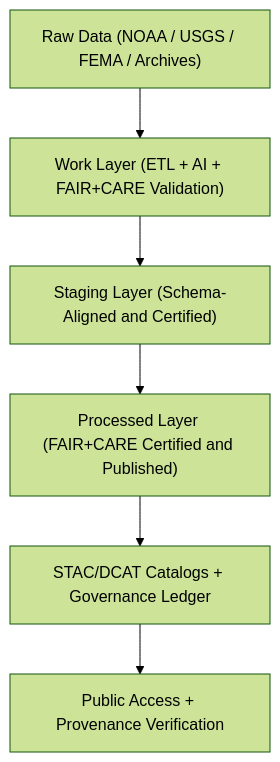
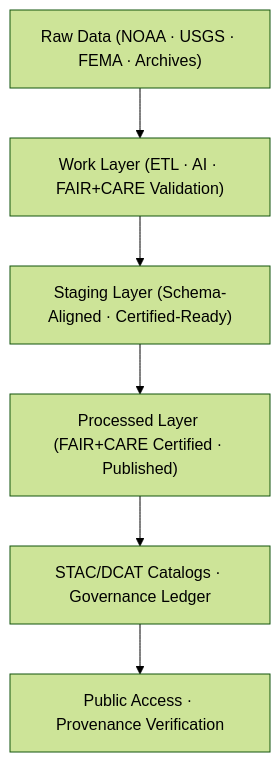
Before and after one commit to bartytime4life/Kansas-Frontier-Matrix: the first of 2 diagrams in data/ARCHITECTURE.md, drawn with Mermaid (forest theme). The commit also changed other lines of this file, not shown here.

Commit message:
Update architecture specification to version 9.7.0

````diff
--- a/data/ARCHITECTURE.md
+++ b/data/ARCHITECTURE.md
@@ -53,8 +55,8 @@
 ```mermaid
 flowchart TD
-    A["Raw Data (NOAA / USGS / FEMA / Archives)"] --> B["Work Layer (ETL + AI + FAIR+CARE Validation)"]
-    B --> C["Staging Layer (Schema-Aligned and Certified)"]
-    C --> D["Processed Layer (FAIR+CARE Certified and Published)"]
-    D --> E["STAC/DCAT Catalogs + Governance Ledger"]
-    E --> F["Public Access + Provenance Verification"]
+    A["Raw Data (NOAA · USGS · FEMA · Archives)"] --> B["Work Layer (ETL · AI · FAIR+CARE Validation)"]
+    B --> C["Staging Layer (Schema-Aligned · Certified-Ready)"]
+    C --> D["Processed Layer (FAIR+CARE Certified · Published)"]
+    D --> E["STAC/DCAT Catalogs · Governance Ledger"]
+    E --> F["Public Access · Provenance Verification"]
 ```
````
